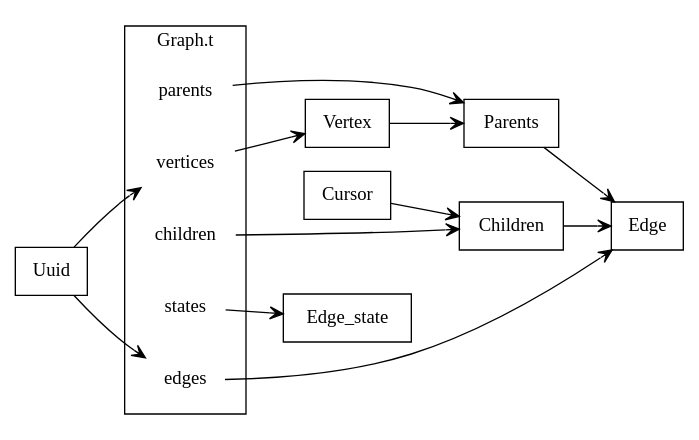
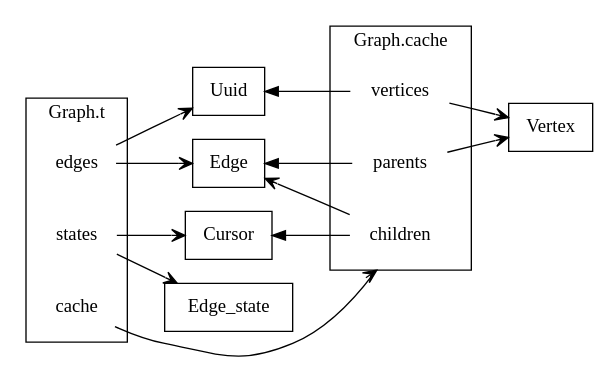
One commit to hazelgrove/GRV changed the diagram in src/grvdoc/graph_t.dot. Above: the diagram before and after it, drawn with Graphviz. The commit also changed 1 other file, not shown here.

Commit message:
update grvdoc diagrams

```diff
--- a/src/grvdoc/graph_t.dot
+++ b/src/grvdoc/graph_t.dot
@@ -1,35 +1,42 @@
 digraph G {
   rankdir=LR
   compound=true
   splines=true
   concentrate=true
 
   node [shape=box]
 
   Verte [label="Vertex"]
   Edg [label="Edge"]
   Uuid
 
   edge [arrowhead="vee"]
 
   subgraph cluster_graph {
     label="Graph.t"
 
     node [shape=none]
 
-    vertices; edges; states; parents; children
+    edges; states; cache
   }
 
-  Uuid -> vertices
-  Uuid -> edges
+  subgraph cluster_cache {
+    label="Graph.cache"
 
+    node [shape=none]
+
+    vertices; parents; children
+  }
+
+  edges -> {Edg; Uuid}
+  states -> {Edge_state; Cursor}
+
+  cache -> children [lhead=cluster_cache]
+
+  Uuid -> vertices [dir=back]
+  Edg -> parents [dir=back]
   vertices -> Verte
-  edges -> Edg
-  states -> Edge_state
-  parents -> Parents
-  children -> Children
-
-  Verte -> Parents -> Edg
-  Cursor -> Children -> Edg
-
+  parents -> Verte
+  children -> Edg
+  Cursor -> children [dir=back]
 }
```
